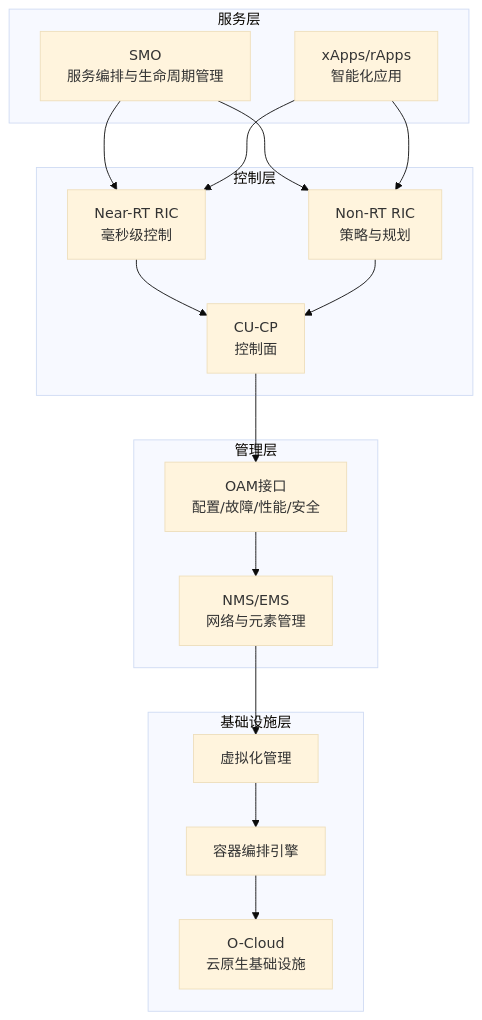
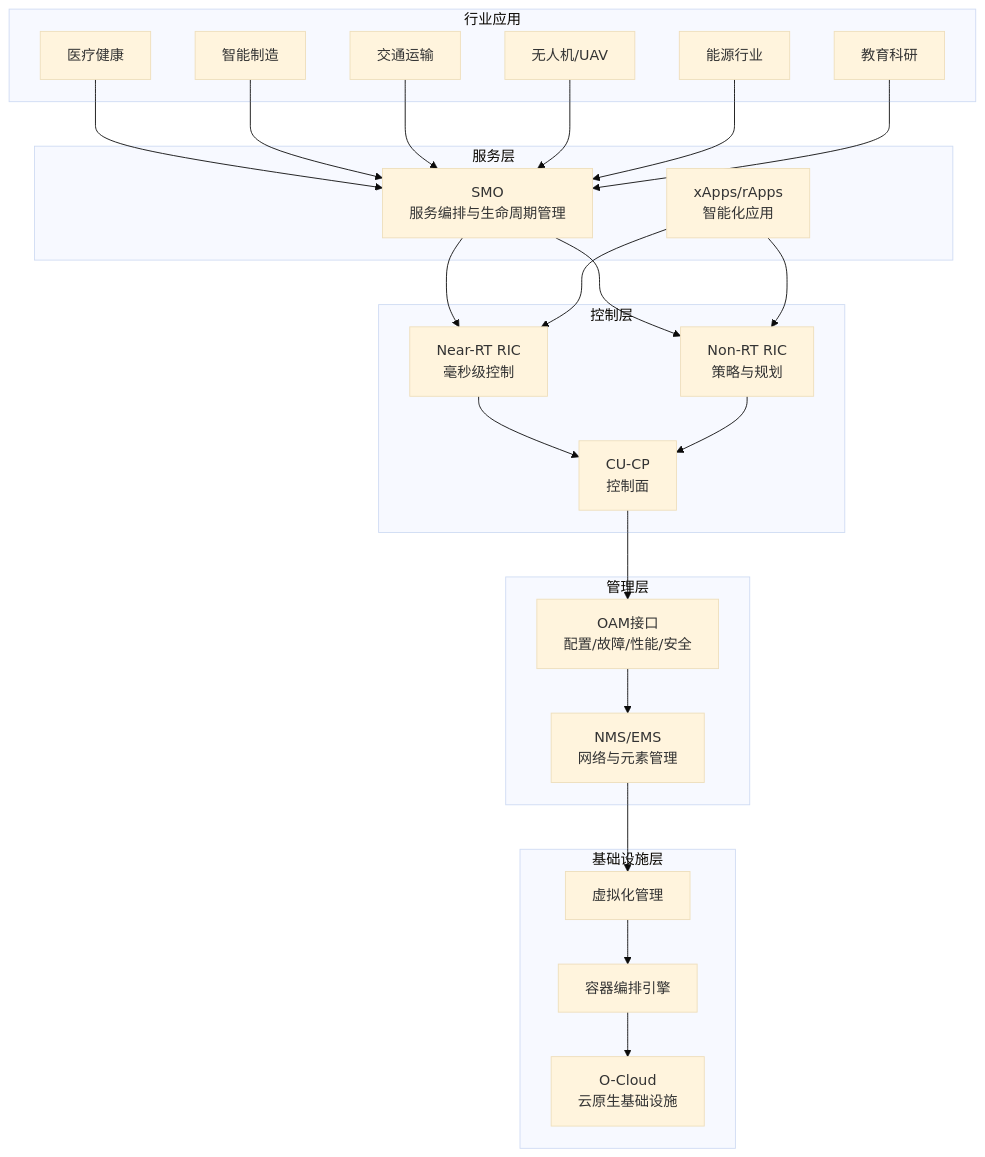
Before and after one commit to allengaller/oran-database: the second of 7 diagrams in .qoder/repowiki/zh/content/行业解决方案/行业解决方案.md, drawn with Mermaid (base theme). The commit also changed other lines of this file and 3 other files, not shown here.

````diff
--- a/.qoder/repowiki/zh/content/行业解决方案/行业解决方案.md
+++ b/.qoder/repowiki/zh/content/行业解决方案/行业解决方案.md
@@ -71,32 +85,46 @@
 ```mermaid
 graph TB
 subgraph "服务层"
 SMO["SMO<br/>服务编排与生命周期管理"]
 XAPP["xApps/rApps<br/>智能化应用"]
 end
 subgraph "控制层"
 RT["Near-RT RIC<br/>毫秒级控制"]
 NRT["Non-RT RIC<br/>策略与规划"]
 CUCP["CU-CP<br/>控制面"]
 end
 subgraph "管理层"
 OAM["OAM接口<br/>配置/故障/性能/安全"]
 NMS["NMS/EMS<br/>网络与元素管理"]
 end
 subgraph "基础设施层"
 OCloud["O-Cloud<br/>云原生基础设施"]
 COE["容器编排引擎"]
 VIM["虚拟化管理"]
 end
+subgraph "行业应用"
+Health["医疗健康"]
+Manufacturing["智能制造"]
+Transportation["交通运输"]
+Drone["无人机/UAV"]
+Energy["能源行业"]
+Education["教育科研"]
+end
 SMO --> RT
 SMO --> NRT
 XAPP --> RT
 XAPP --> NRT
 RT --> CUCP
 NRT --> CUCP
 CUCP --> OAM
 OAM --> NMS
 NMS --> VIM
 VIM --> COE
 COE --> OCloud
+Health --> SMO
+Manufacturing --> SMO
+Transportation --> SMO
+Drone --> SMO
+Energy --> SMO
+Education --> SMO
 ```
````
